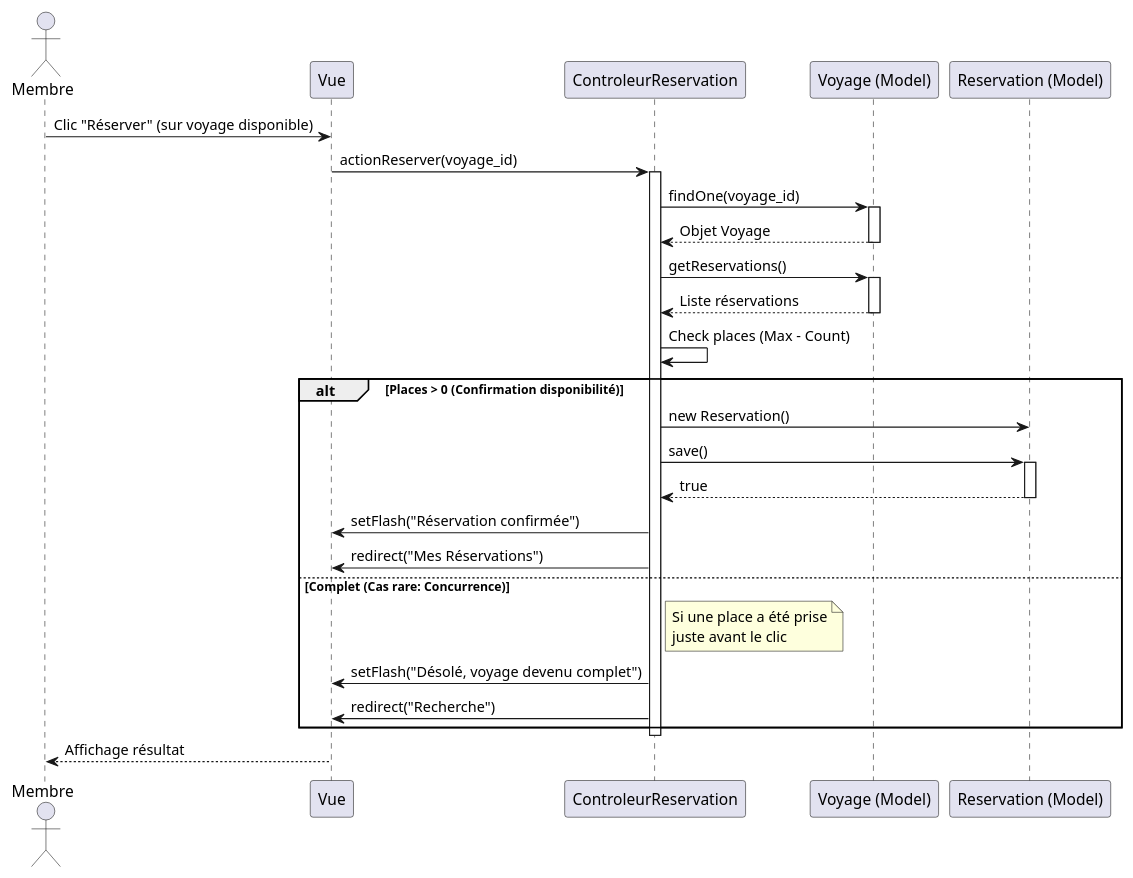
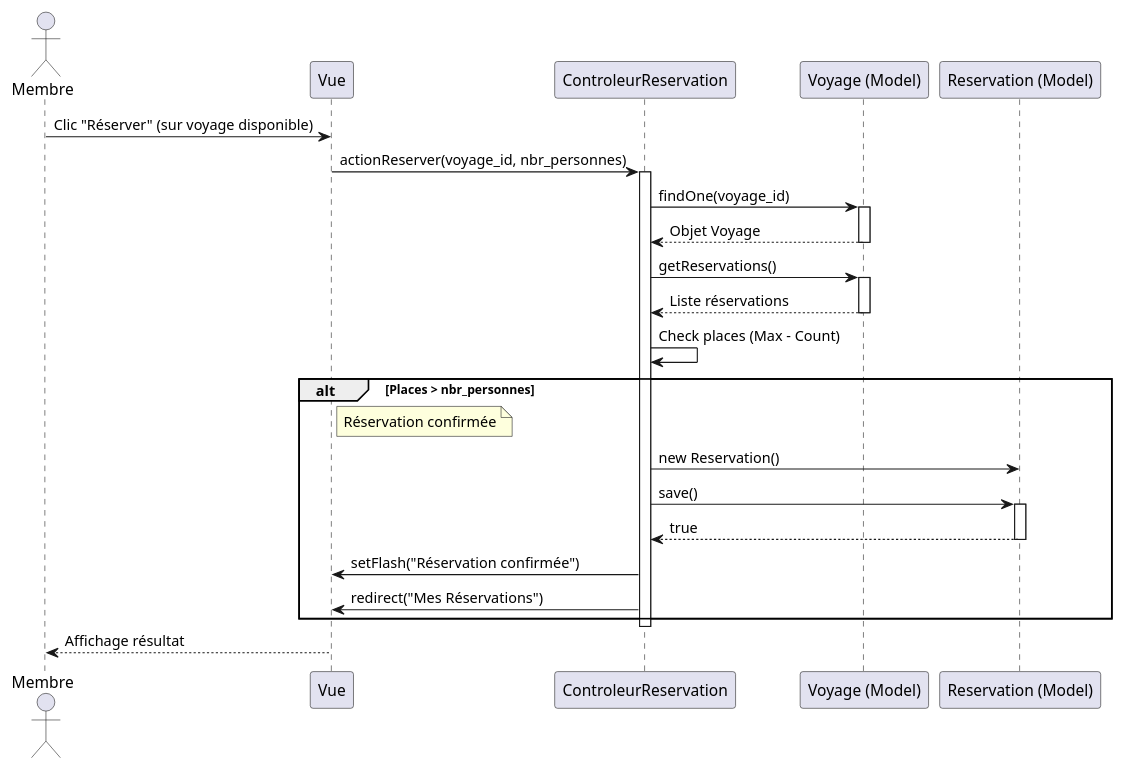
The diagram in UML/sequence diagram/réserver.plantUML (Chihebkebbas/CERI_Car), drawn with PlantUML before and after one commit. The commit also changed 1 other file, not shown here.

Commit message:
update UML diagrams

```diff
--- a/UML/sequence diagram/réserver.plantUML
+++ b/UML/sequence diagram/réserver.plantUML
@@ -1,45 +1,41 @@
 @startuml
 actor "Membre" as M
 participant "Vue" as V
 participant "ControleurReservation" as C
 participant "Voyage (Model)" as MV
 participant "Reservation (Model)" as MR
 
 M -> V : Clic "Réserver" (sur voyage disponible)
-V -> C : actionReserver(voyage_id)
+V -> C : actionReserver(voyage_id, nbr_personnes)
 activate C
 
     ' Double vérification (Sécurité serveur)
     C -> MV : findOne(voyage_id)
     activate MV
     MV --> C : Objet Voyage
     deactivate MV
 
     C -> MV : getReservations()
     activate MV
     MV --> C : Liste réservations
     deactivate MV
 
     C -> C : Check places (Max - Count)
 
-    alt Places > 0 (Confirmation disponibilité)
+
+    alt Places > nbr_personnes
+        note right of V: Réservation confirmée
         C -> MR : new Reservation()
         C -> MR : save()
         activate MR
         MR --> C : true
         deactivate MR
         C -> V : setFlash("Réservation confirmée")
         C -> V : redirect("Mes Réservations")
 
-    else Complet (Cas rare: Concurrence)
-        note right of C
-          Si une place a été prise
-          juste avant le clic
-        end note
-        C -> V : setFlash("Désolé, voyage devenu complet")
-        C -> V : redirect("Recherche")
+
     end
 
 deactivate C
 V --> M : Affichage résultat
 @enduml
```
